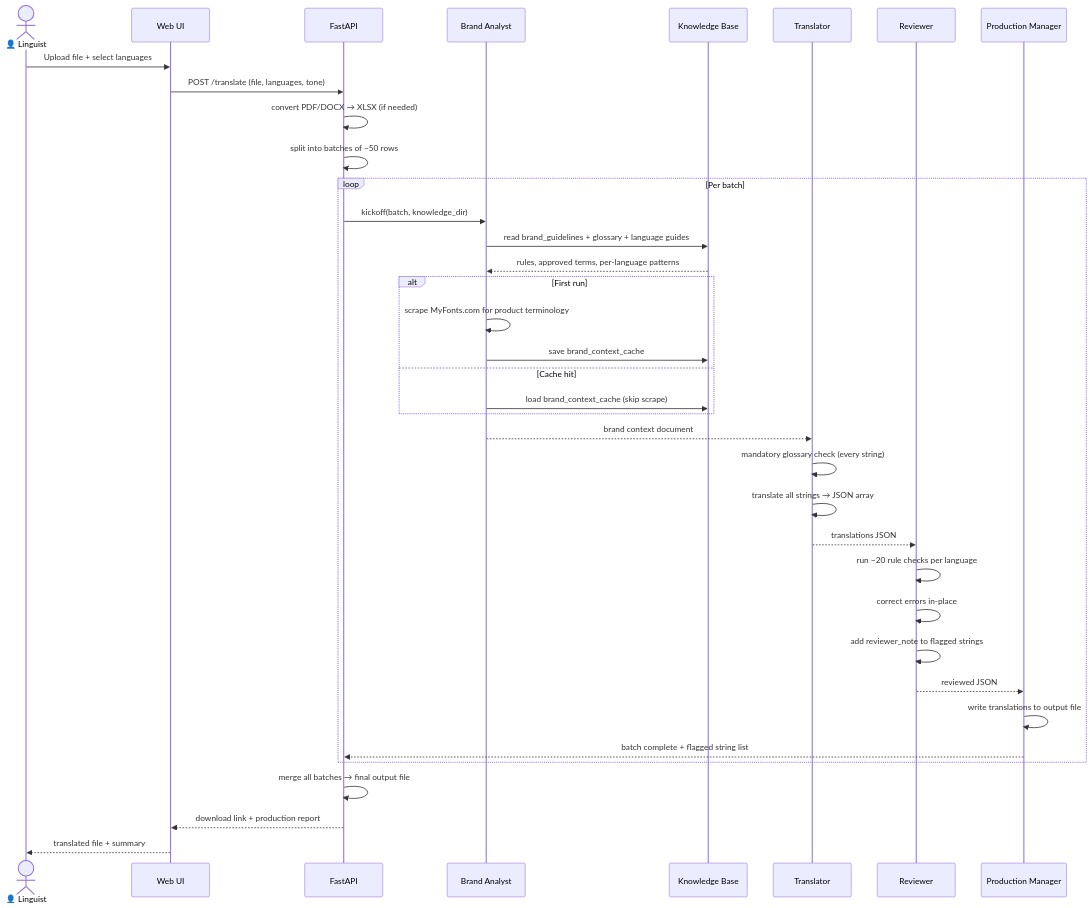
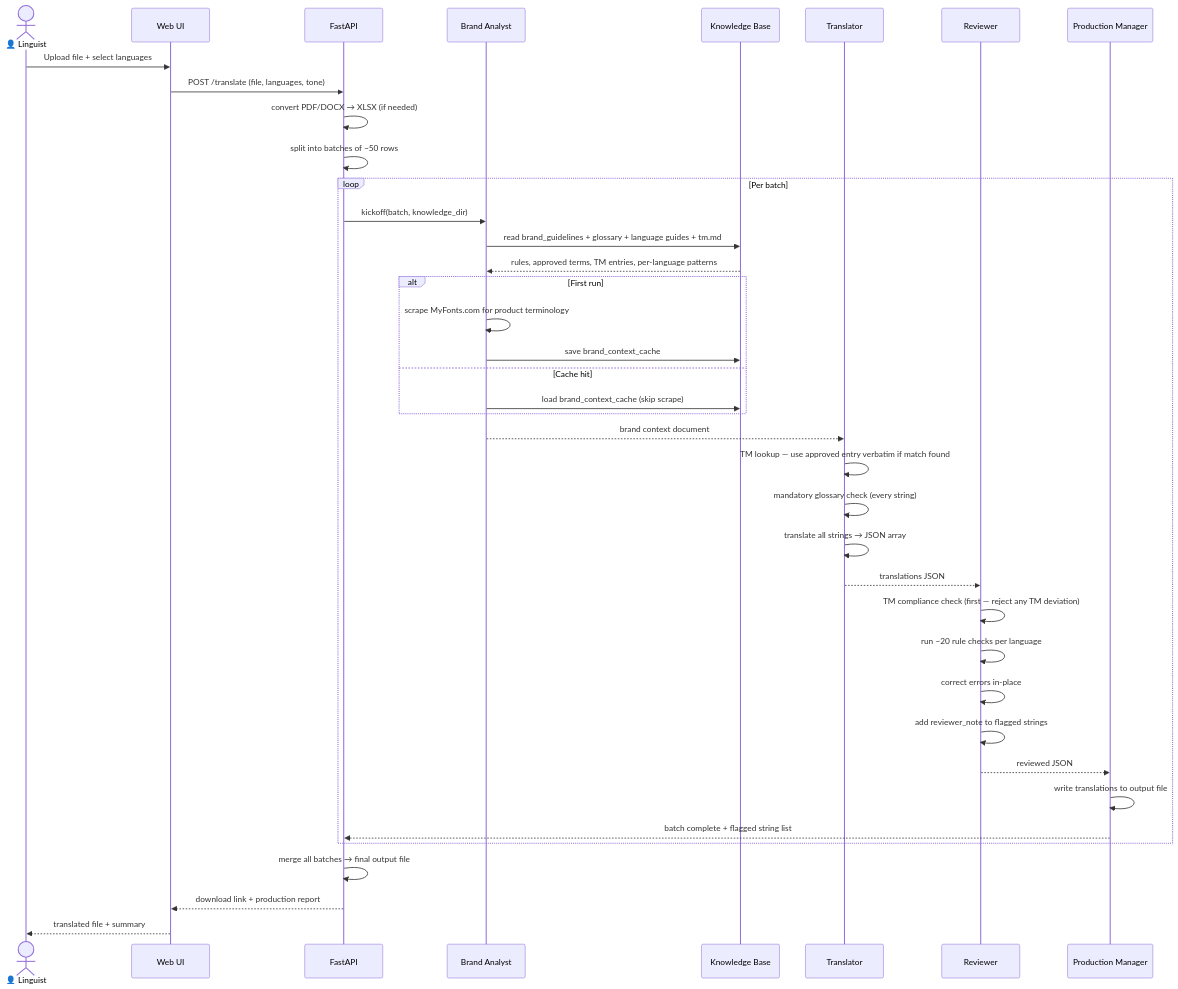
Before and after one commit to SankalpMonotype/Monotype-Translator: the second of 2 diagrams in README.md, drawn with Mermaid. The commit also changed other lines of this file, not shown here.

First line of the commit message:
docs: update architecture diagrams and agent descriptions for TM integration

````diff
--- a/README.md
+++ b/README.md
@@ -127,51 +128,53 @@
 ```mermaid
 sequenceDiagram
     actor User as 👤 Linguist
     participant UI as Web UI
     participant API as FastAPI
     participant BA as Brand Analyst
     participant KB as Knowledge Base
     participant TR as Translator
     participant RV as Reviewer
     participant PM as Production Manager
 
     User->>UI: Upload file + select languages
     UI->>API: POST /translate (file, languages, tone)
 
     API->>API: convert PDF/DOCX → XLSX (if needed)
     API->>API: split into batches of ~50 rows
 
     loop Per batch
         API->>BA: kickoff(batch, knowledge_dir)
 
-        BA->>KB: read brand_guidelines + glossary + language guides
-        KB-->>BA: rules, approved terms, per-language patterns
+        BA->>KB: read brand_guidelines + glossary + language guides + tm.md
+        KB-->>BA: rules, approved terms, TM entries, per-language patterns
 
         alt First run
             BA->>BA: scrape MyFonts.com for product terminology
             BA->>KB: save brand_context_cache
         else Cache hit
             BA->>KB: load brand_context_cache (skip scrape)
         end
 
         BA-->>TR: brand context document
 
+        TR->>TR: TM lookup — use approved entry verbatim if match found
         TR->>TR: mandatory glossary check (every string)
         TR->>TR: translate all strings → JSON array
 
         TR-->>RV: translations JSON
 
+        RV->>RV: TM compliance check (first — reject any TM deviation)
         RV->>RV: run ~20 rule checks per language
         RV->>RV: correct errors in-place
         RV->>RV: add reviewer_note to flagged strings
 
         RV-->>PM: reviewed JSON
 
         PM->>PM: write translations to output file
         PM-->>API: batch complete + flagged string list
     end
 
     API->>API: merge all batches → final output file
     API-->>UI: download link + production report
     UI-->>User: translated file + summary
 ```
````
